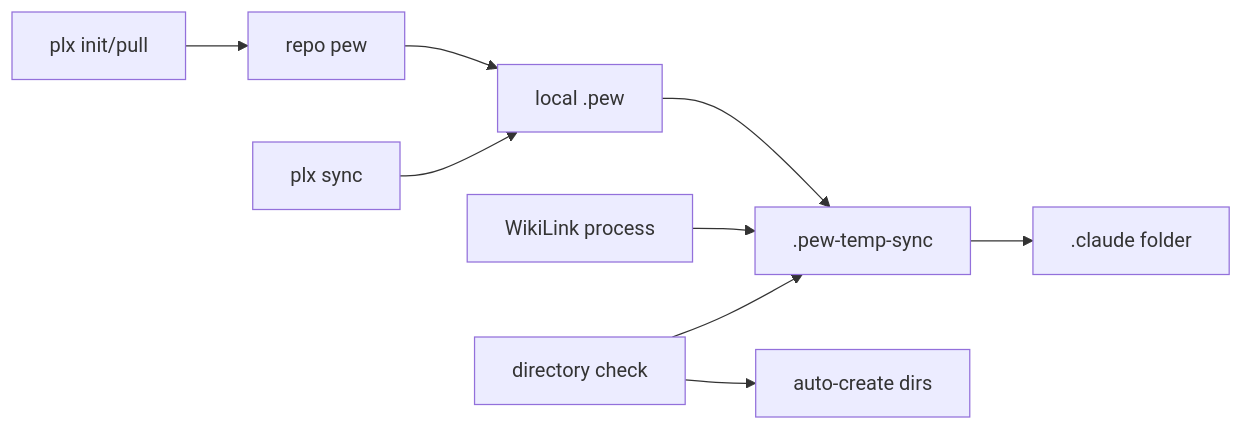
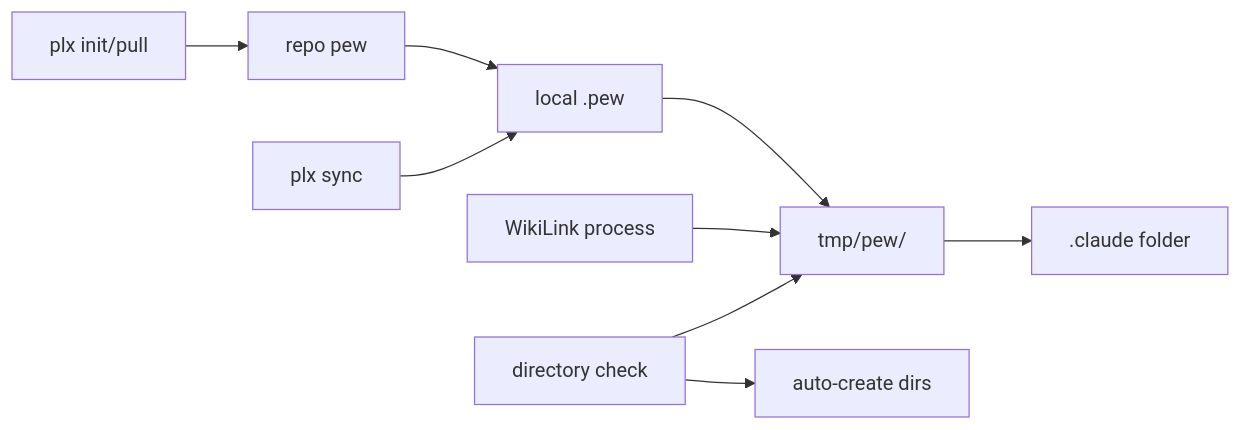
The second of 2 diagrams in chore-framework-folder-migration.md (its-brianwithai/pew-pew-plx), drawn with Mermaid before and after one commit. The commit also changed other lines of this file and 321 other files, not shown here.

````diff
--- a/chore-framework-folder-migration.md
+++ b/chore-framework-folder-migration.md
@@ -118,11 +118,11 @@
 ```mermaid
 graph LR
     E1[plx init/pull] --> C1[repo pew]
     C1 --> C2[local .pew]
     E2[plx sync] --> C2
-    C2 --> C3[.pew-temp-sync]
+    C2 --> C3[tmp/pew/]
     E3[WikiLink process] --> C3
     C3 --> C4[.claude folder]
     E4[directory check] --> C3
     E4 --> C5[auto-create dirs]
 ```
````
